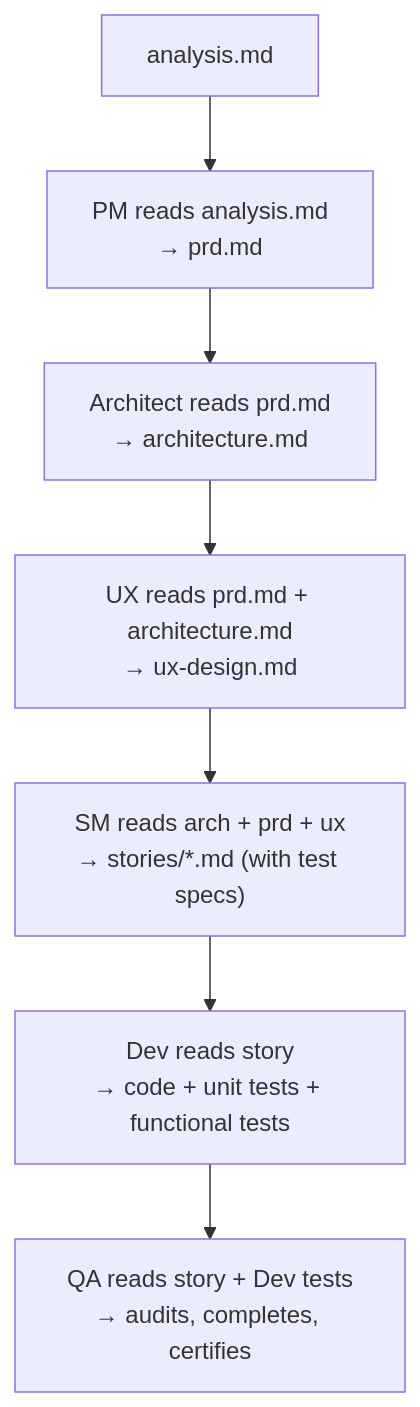
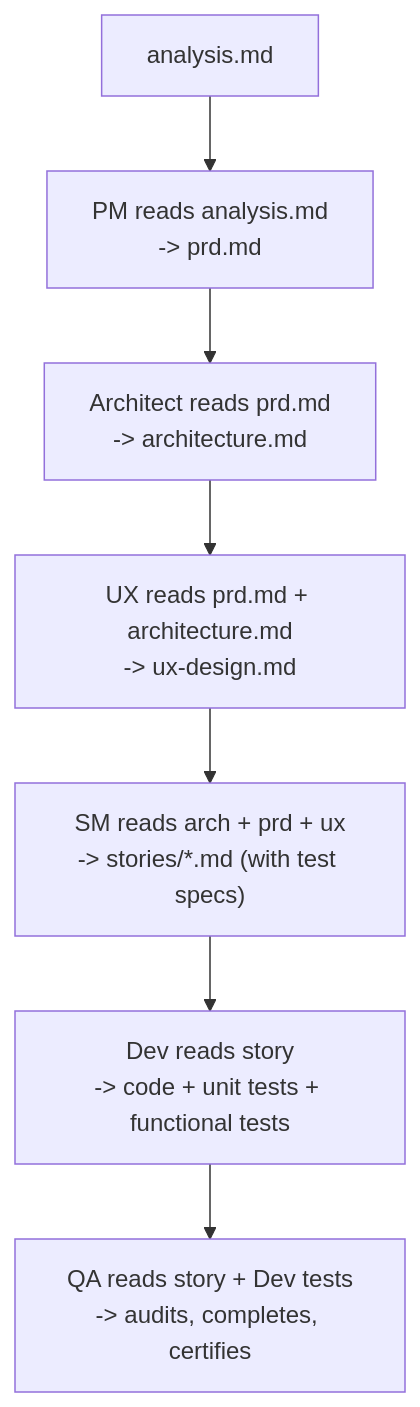
The diagram in skills/forge/references/workflows.md (fwehrling/forge), drawn with Mermaid before and after one commit. The commit also changed other lines of this file and 70 other files, not shown here.

````diff
--- a/skills/forge/references/workflows.md
+++ b/skills/forge/references/workflows.md
@@ -8,10 +8,10 @@
 ```mermaid
 graph TD
     AN["analysis.md"] --> PM
-    PM["PM reads analysis.md\n→ prd.md"] --> ARCH
-    ARCH["Architect reads prd.md\n→ architecture.md"] --> UX
-    UX["UX reads prd.md + architecture.md\n→ ux-design.md"] --> SM
-    SM["SM reads arch + prd + ux\n→ stories/*.md (with test specs)"] --> DEV
-    DEV["Dev reads story\n→ code + unit tests + functional tests"] --> QA
-    QA["QA reads story + Dev tests\n→ audits, completes, certifies"]
+    PM["PM reads analysis.md\n-> prd.md"] --> ARCH
+    ARCH["Architect reads prd.md\n-> architecture.md"] --> UX
+    UX["UX reads prd.md + architecture.md\n-> ux-design.md"] --> SM
+    SM["SM reads arch + prd + ux\n-> stories/*.md (with test specs)"] --> DEV
+    DEV["Dev reads story\n-> code + unit tests + functional tests"] --> QA
+    QA["QA reads story + Dev tests\n-> audits, completes, certifies"]
 ```
````
